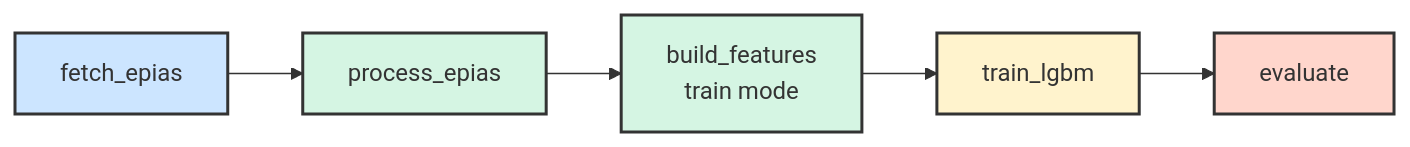
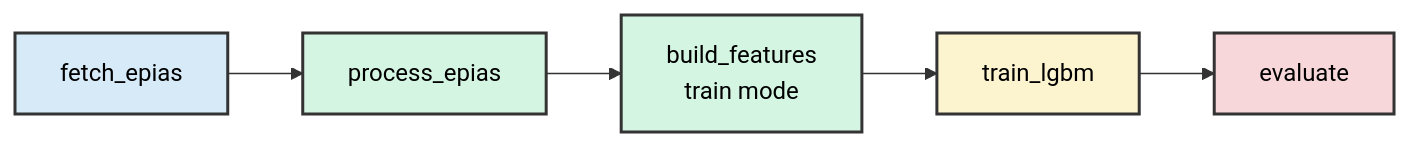
Before and after one commit to Berkeaziz/Teias_PTF_Forecast: the second of 3 diagrams in README.md, drawn with Mermaid. The commit also changed other lines of this file and 1 other file, not shown here.

````diff
--- a/README.md
+++ b/README.md
@@ -316,25 +316,25 @@
 ```mermaid
 flowchart LR
     fetch_epias[fetch_epias]
     process_epias[process_epias]
     build_features[build_features<br/>train mode]
     train_lgbm[train_lgbm]
     evaluate[evaluate]
 
     fetch_epias --> process_epias
     process_epias --> build_features
     build_features --> train_lgbm
     train_lgbm --> evaluate
 
 %% Styles
-classDef ingestion fill:#cce5ff,stroke:#333,stroke-width:2px
-classDef processing fill:#d5f5e3,stroke:#333,stroke-width:2px
-classDef training fill:#fff3cd,stroke:#333,stroke-width:2px
-classDef evaluation fill:#ffd6cc,stroke:#333,stroke-width:2px
+classDef ingestion fill:#d6eaf8,stroke:#333,stroke-width:2px,color:#000
+classDef processing fill:#d5f5e3,stroke:#333,stroke-width:2px,color:#000
+classDef training fill:#fcf3cf,stroke:#333,stroke-width:2px,color:#000
+classDef evaluation fill:#f8d7da,stroke:#333,stroke-width:2px,color:#000
 
 class fetch_epias ingestion
 class process_epias processing
 class build_features processing
 class train_lgbm training
 class evaluate evaluation
 ```
````
